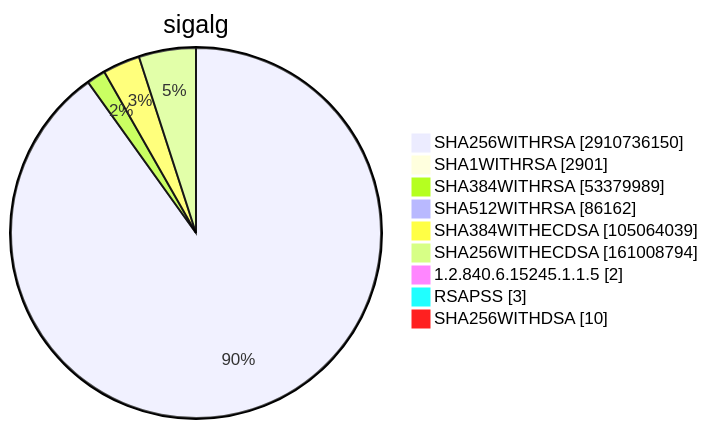
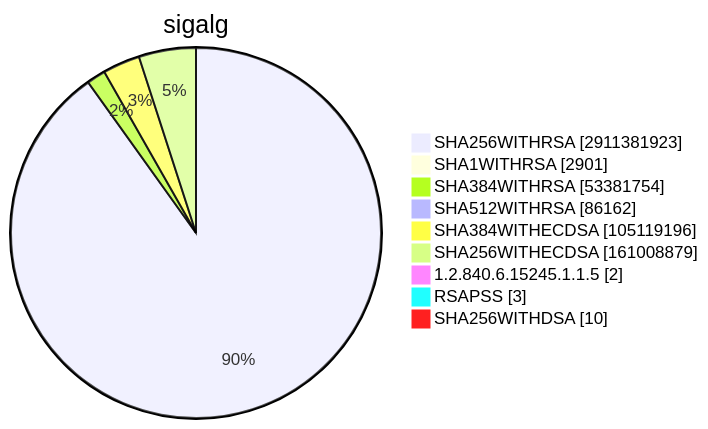
Before and after one commit to christiankrug/ctmonitor_visualization: diagram 15 of 15 in TOTAL/README.md, drawn with Mermaid. The commit also changed other lines of this file, not shown here.

````diff
--- a/TOTAL/README.md
+++ b/TOTAL/README.md
@@ -6207,13 +6207,13 @@
 ```mermaid
 pie showData
 title sigalg
-"SHA256WITHRSA" :2910736150
+"SHA256WITHRSA" :2911381923
 "SHA1WITHRSA" :2901
-"SHA384WITHRSA" :53379989
+"SHA384WITHRSA" :53381754
 "SHA512WITHRSA" :86162
-"SHA384WITHECDSA" :105064039
-"SHA256WITHECDSA" :161008794
+"SHA384WITHECDSA" :105119196
+"SHA256WITHECDSA" :161008879
 "1.2.840.6.15245.1.1.5" :2
 "RSAPSS" :3
 "SHA256WITHDSA" :10
 ```
````
